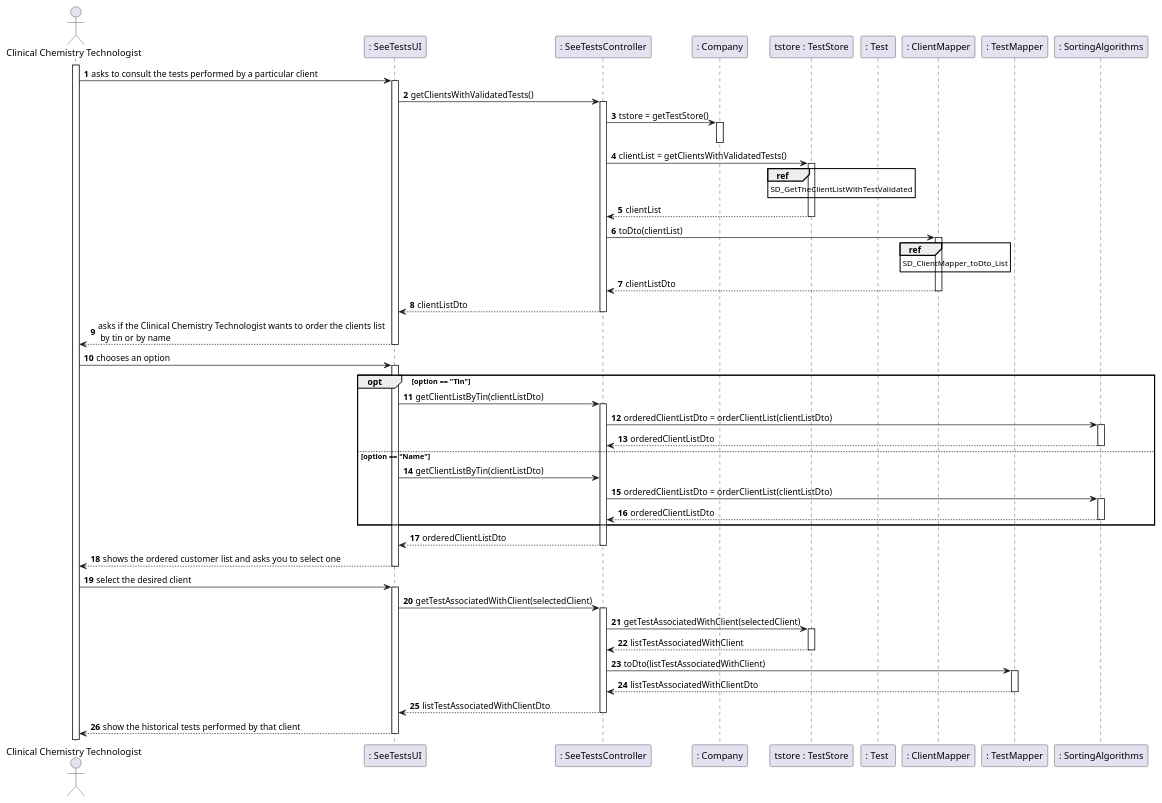
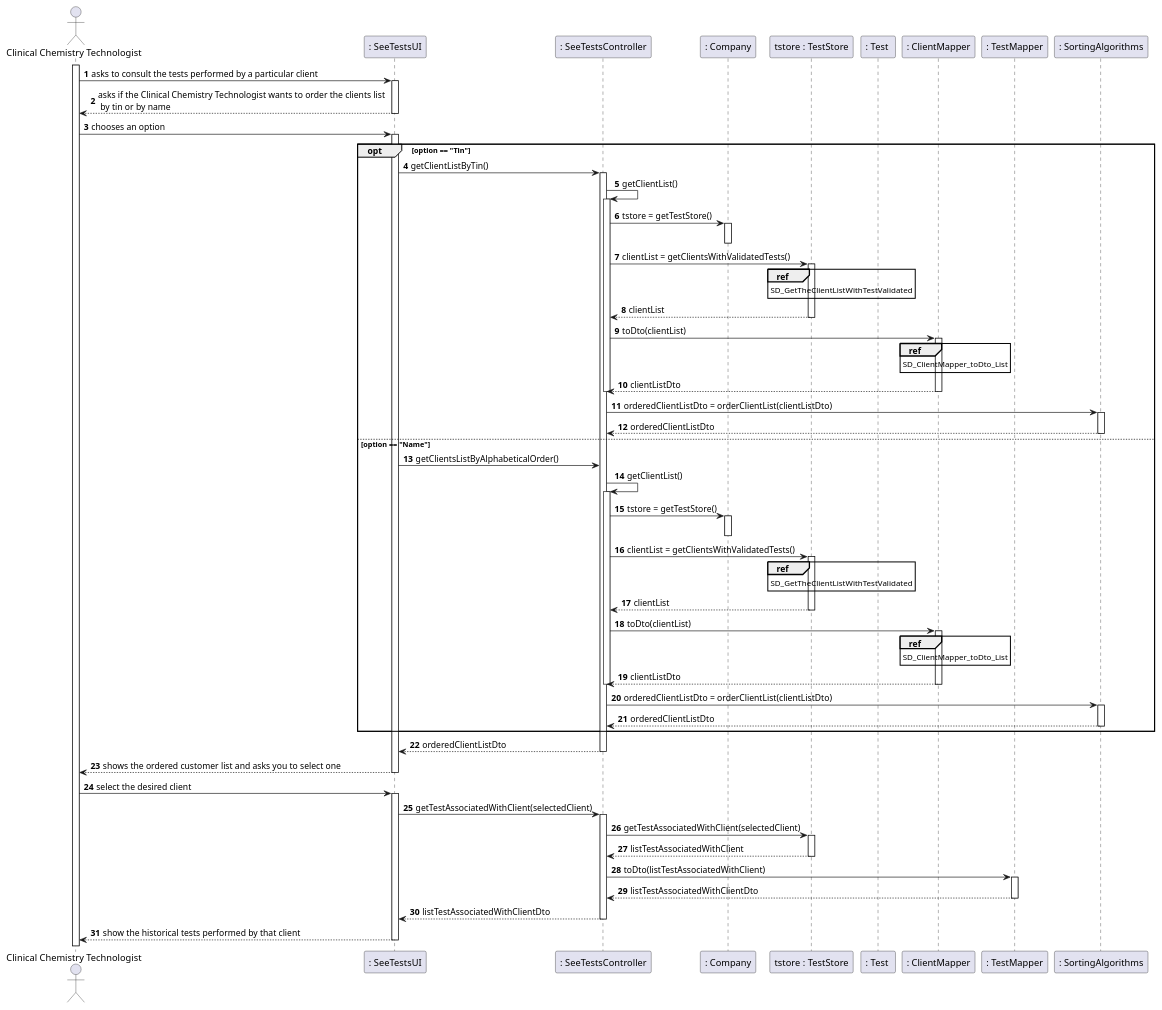
The diagram in docs/SprintD/US13/US13_SD.puml (manu-07-ela/LAPR2_ISEP), drawn with PlantUML before and after one commit. The commit also changed 4 other files, not shown here.

Commit message:
Changes in US13 artifacts and some changes in SeeTestsController and in TestStore

```diff
--- a/docs/SprintD/US13/US13_SD.puml
+++ b/docs/SprintD/US13/US13_SD.puml
@@ -1,83 +1,105 @@
 @startuml
 'https://plantuml.com/sequence-diagram
 
 autonumber
 actor "Clinical Chemistry Technologist" as CCT
 
 participant ": SeeTestsUI" as UI
 participant ": SeeTestsController" as CONTROLLER
 participant ": Company" as COMPANY
 participant "tstore : TestStore" as TESTSTORE
 participant ": Test " as TEST
 participant ": ClientMapper" as CLIENTMAPPER
 participant ": TestMapper" as TESTMAPPER
 participant ": SortingAlgorithms" as ALGORITHM
 activate CCT
 CCT -> UI : asks to consult the tests performed by a particular client
 activate UI
-UI->CONTROLLER : getClientsWithValidatedTests()
+UI --> CCT : asks if the Clinical Chemistry Technologist wants to order the clients list \n by tin or by name
+deactivate UI
+
+CCT -> UI : chooses an option
+activate UI
+opt option == "Tin"
+UI->CONTROLLER : getClientListByTin()
+activate CONTROLLER
+CONTROLLER -> CONTROLLER : getClientList()
 activate CONTROLLER
 CONTROLLER->COMPANY : tstore = getTestStore()
 activate COMPANY
 deactivate COMPANY
 CONTROLLER->TESTSTORE : clientList = getClientsWithValidatedTests()
 activate TESTSTORE
 ref over TESTSTORE
 SD_GetTheClientListWithTestValidated
 end ref
 TESTSTORE-->CONTROLLER : clientList
 deactivate TESTSTORE
 CONTROLLER->CLIENTMAPPER : toDto(clientList)
 activate CLIENTMAPPER
 ref over CLIENTMAPPER
 SD_ClientMapper_toDto_List
 end ref
 CLIENTMAPPER-->CONTROLLER : clientListDto
 deactivate CLIENTMAPPER
 deactivate TESTSTORE
-CONTROLLER-->UI : clientListDto
 deactivate CONTROLLER
-UI --> CCT : asks if the Clinical Chemistry Technologist wants to order the clients list \n by tin or by name
-deactivate UI
 
-CCT -> UI : chooses an option
-activate UI
-opt option == "Tin"
-UI->CONTROLLER : getClientListByTin(clientListDto)
-activate CONTROLLER
 CONTROLLER->ALGORITHM : orderedClientListDto = orderClientList(clientListDto)
 activate ALGORITHM
 ALGORITHM-->CONTROLLER : orderedClientListDto
 deactivate ALGORITHM
 deactivate CLIENTMAPPER
 else option == "Name"
-UI->CONTROLLER : getClientListByTin(clientListDto)
+UI->CONTROLLER : getClientsListByAlphabeticalOrder()
+CONTROLLER -> CONTROLLER : getClientList()
+activate CONTROLLER
+CONTROLLER->COMPANY : tstore = getTestStore()
+activate COMPANY
+deactivate COMPANY
+CONTROLLER->TESTSTORE : clientList = getClientsWithValidatedTests()
+activate TESTSTORE
+ref over TESTSTORE
+SD_GetTheClientListWithTestValidated
+end ref
+TESTSTORE-->CONTROLLER : clientList
+deactivate TESTSTORE
+CONTROLLER->CLIENTMAPPER : toDto(clientList)
+activate CLIENTMAPPER
+ref over CLIENTMAPPER
+SD_ClientMapper_toDto_List
+end ref
+CLIENTMAPPER-->CONTROLLER : clientListDto
+deactivate CLIENTMAPPER
+deactivate TESTSTORE
+deactivate CONTROLLER
+
 CONTROLLER->ALGORITHM : orderedClientListDto = orderClientList(clientListDto)
 activate ALGORITHM
 ALGORITHM-->CONTROLLER : orderedClientListDto
 deactivate ALGORITHM
 deactivate CLIENTMAPPER
 end
 CONTROLLER-->UI : orderedClientListDto
 deactivate CONTROLLER
 UI--> CCT : shows the ordered customer list and asks you to select one
 deactivate UI
 CCT -> UI : select the desired client
 activate UI
 UI->CONTROLLER : getTestAssociatedWithClient(selectedClient)
 activate CONTROLLER
 CONTROLLER->TESTSTORE : getTestAssociatedWithClient(selectedClient)
 activate TESTSTORE
 TESTSTORE-->CONTROLLER : listTestAssociatedWithClient
 deactivate TESTSTORE
 CONTROLLER->TESTMAPPER : toDto(listTestAssociatedWithClient)
 activate TESTMAPPER
 TESTMAPPER-->CONTROLLER : listTestAssociatedWithClientDto
 deactivate TESTMAPPER
 CONTROLLER-->UI : listTestAssociatedWithClientDto
 deactivate CONTROLLER
 UI --> CCT : show the historical tests performed by that client
 deactivate UI
 
 
 @enduml
```
